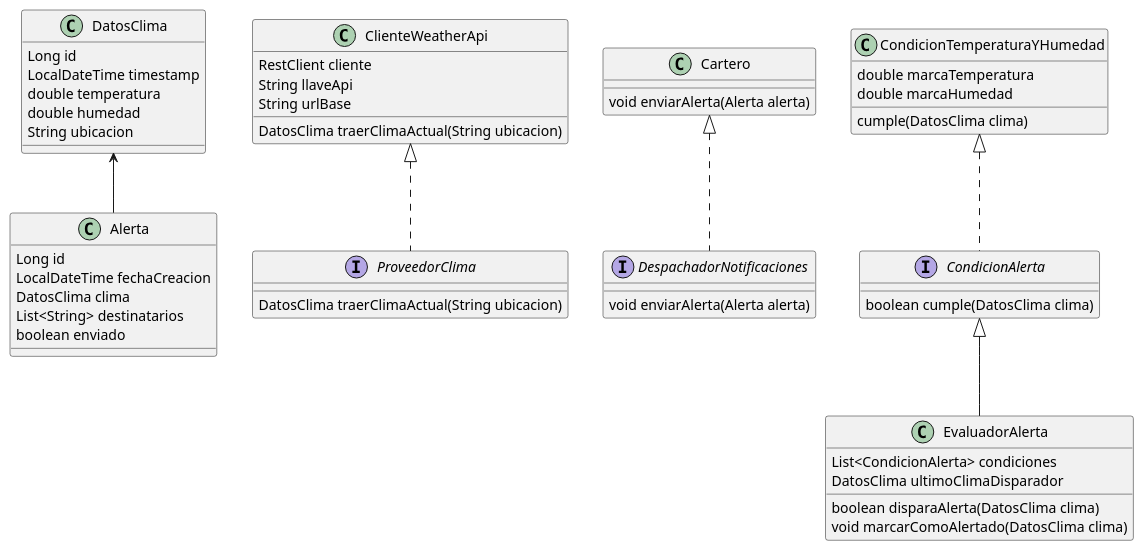
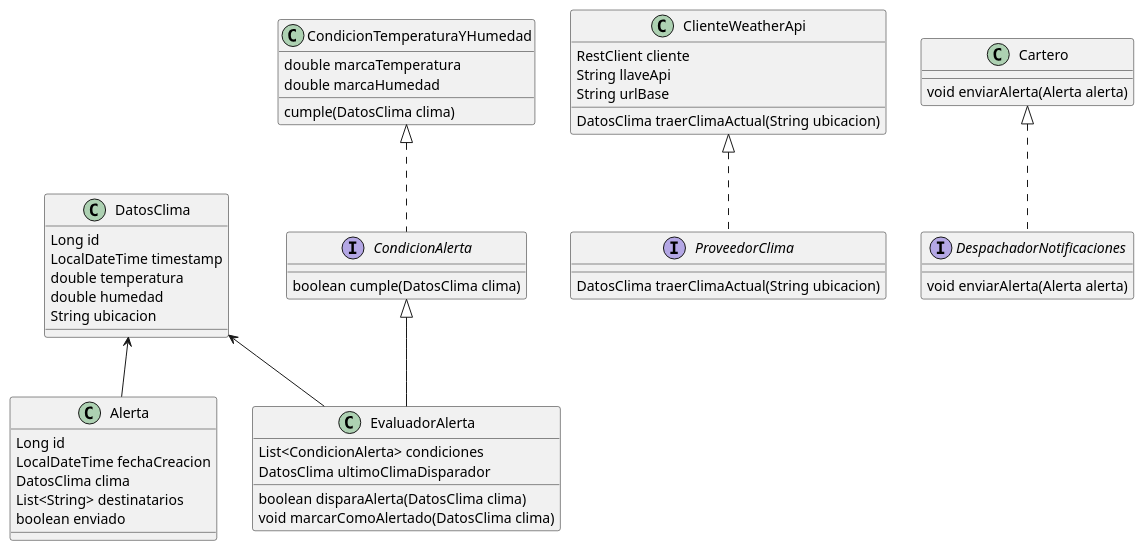
The diagram in ClimalertDC.puml (SchincaMauroE/climalert2), drawn with PlantUML before and after one commit.

Commit message:
Actualización Diagrama clases 2

```diff
--- a/ClimalertDC.puml
+++ b/ClimalertDC.puml
@@ -1,76 +1,78 @@
 @startuml
 'https://plantuml.com/class-diagram
 
 class DatosClima
 class Alerta
 interface ProveedorClima
 class ClienteWeatherApi
 interface DespachadorNotificaciones
 class Cartero
 class EvaluadorAlerta
 interface CondicionAlerta
 class CondicionTemperaturaYHumedad
 
 DatosClima <-- Alerta
+DatosClima <-- EvaluadorAlerta
 ClienteWeatherApi <|.. ProveedorClima
 Cartero <|.. DespachadorNotificaciones
 CondicionAlerta <|-- EvaluadorAlerta
+
 CondicionTemperaturaYHumedad <|.. CondicionAlerta
 
 class DatosClima {
 Long id
 LocalDateTime timestamp
 double temperatura
 double humedad
 String ubicacion
 }
 
 class Alerta {
 Long id
 LocalDateTime fechaCreacion
 DatosClima clima
 List<String> destinatarios
 boolean enviado
 }
 
 interface ProveedorClima {
 DatosClima traerClimaActual(String ubicacion)
 }
 
 class ClienteWeatherApi {
 RestClient cliente
 String llaveApi
 String urlBase
 
 DatosClima traerClimaActual(String ubicacion)
 }
 
 interface DespachadorNotificaciones {
 void enviarAlerta(Alerta alerta)
 }
 
 class Cartero {
 void enviarAlerta(Alerta alerta)
 }
 
 class EvaluadorAlerta {
 List<CondicionAlerta> condiciones
 DatosClima ultimoClimaDisparador
 boolean disparaAlerta(DatosClima clima)
 void marcarComoAlertado(DatosClima clima)
 }
 
 interface CondicionAlerta {
 boolean cumple(DatosClima clima)
 }
 
 class CondicionTemperaturaYHumedad {
 double marcaTemperatura
 double marcaHumedad
 
 cumple(DatosClima clima)
 }
 
 
 
 @enduml
```
